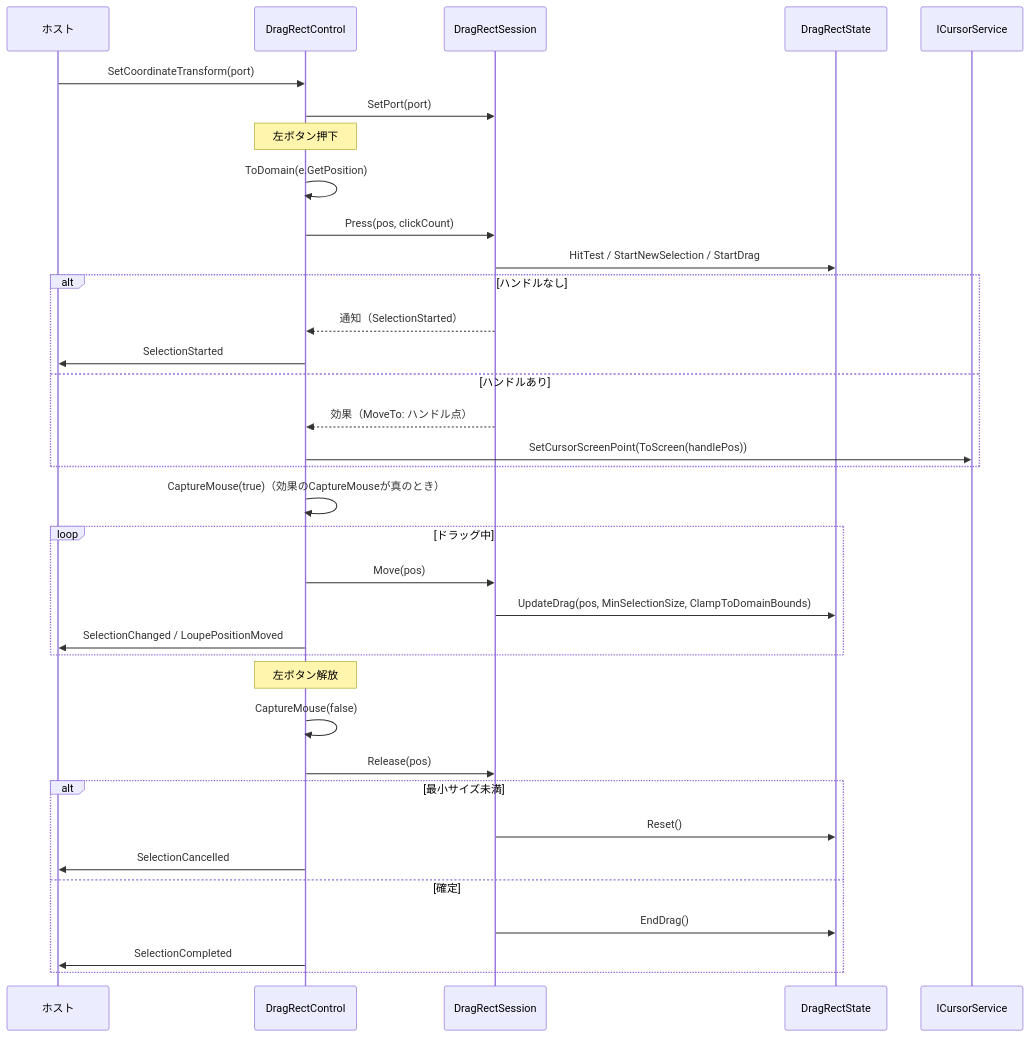
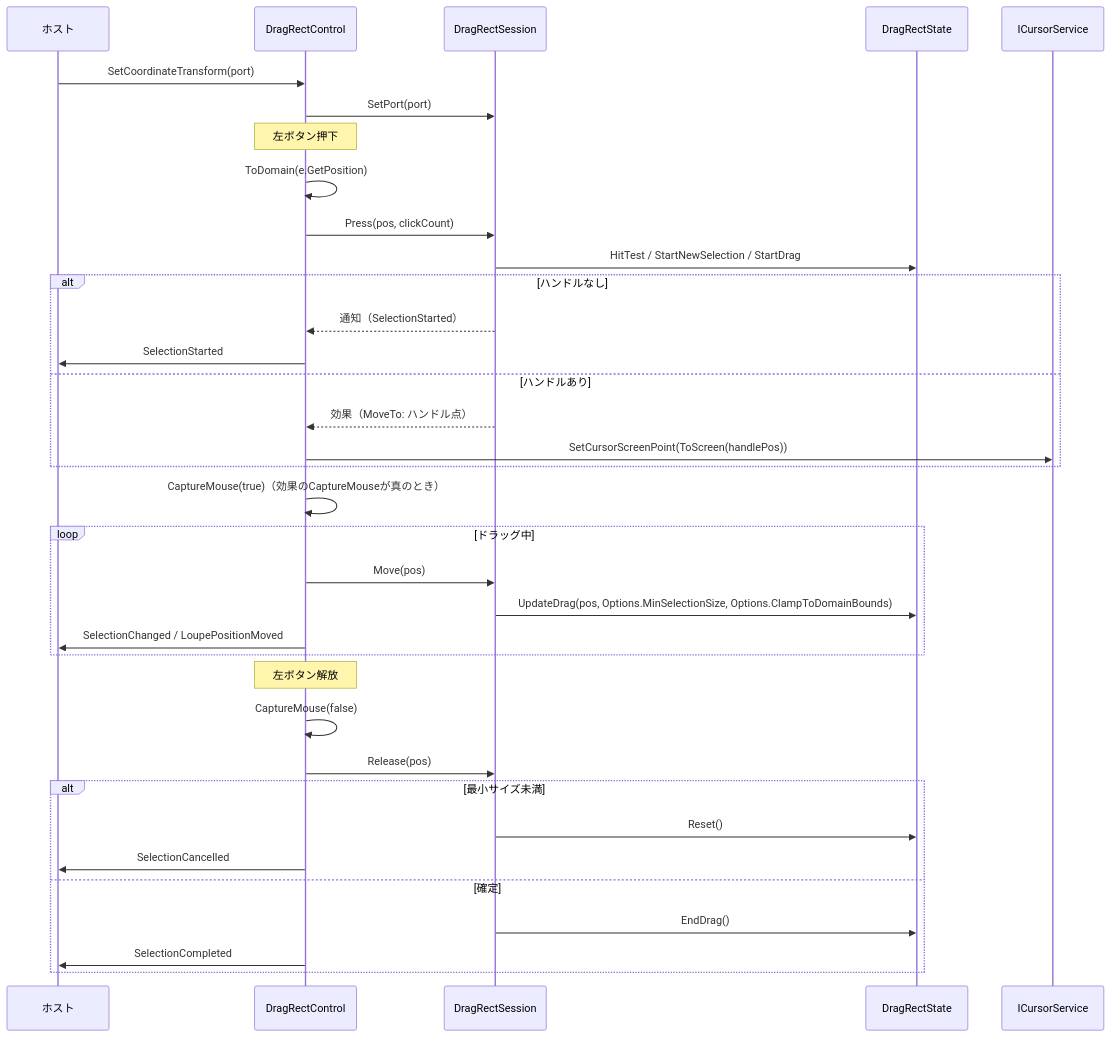
The second of 4 diagrams in src/DragRectControl.MewUI/SPEC_System.md (tomokuni/SaveEvidence), drawn with Mermaid before and after one commit. The commit also changed other lines of this file and 45 other files, not shown here.

````diff
--- a/src/DragRectControl.MewUI/SPEC_System.md
+++ b/src/DragRectControl.MewUI/SPEC_System.md
@@ -211,38 +212,38 @@
 ```mermaid
 sequenceDiagram
     participant Host as ホスト
     participant Ctl as DragRectControl
     participant Ses as DragRectSession
     participant St as DragRectState
     participant Cur as ICursorService
 
     Host->>Ctl: SetCoordinateTransform(port)
     Ctl->>Ses: SetPort(port)
     Note over Ctl: 左ボタン押下
     Ctl->>Ctl: ToDomain(e.GetPosition)
     Ctl->>Ses: Press(pos, clickCount)
     Ses->>St: HitTest / StartNewSelection / StartDrag
     alt ハンドルなし
         Ses-->>Ctl: 通知（SelectionStarted）
         Ctl->>Host: SelectionStarted
     else ハンドルあり
         Ses-->>Ctl: 効果（MoveTo: ハンドル点）
         Ctl->>Cur: SetCursorScreenPoint(ToScreen(handlePos))
     end
     Ctl->>Ctl: CaptureMouse(true)（効果のCaptureMouseが真のとき）
     loop ドラッグ中
         Ctl->>Ses: Move(pos)
-        Ses->>St: UpdateDrag(pos, MinSelectionSize, ClampToDomainBounds)
+        Ses->>St: UpdateDrag(pos, Options.MinSelectionSize, Options.ClampToDomainBounds)
         Ctl->>Host: SelectionChanged / LoupePositionMoved
     end
     Note over Ctl: 左ボタン解放
     Ctl->>Ctl: CaptureMouse(false)
     Ctl->>Ses: Release(pos)
     alt 最小サイズ未満
         Ses->>St: Reset()
         Ctl->>Host: SelectionCancelled
     else 確定
         Ses->>St: EndDrag()
         Ctl->>Host: SelectionCompleted
     end
 ```
````
